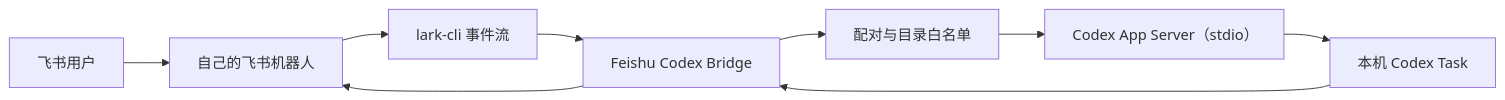
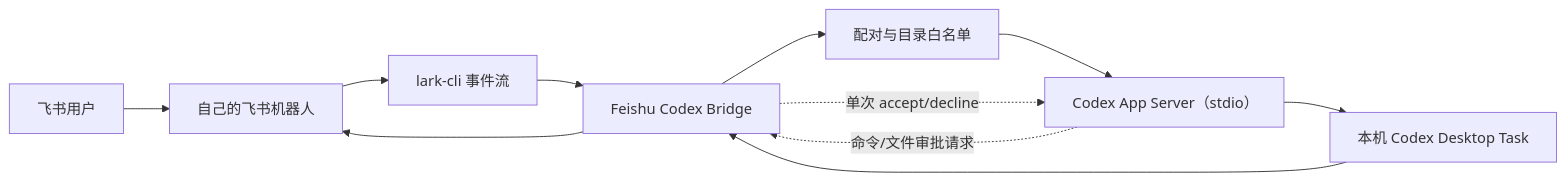
The diagram in docs/ARCHITECTURE.md (tianniansz/feishu-codex-bridge), drawn with Mermaid before and after one commit. The commit also changed other lines of this file and 21 other files, not shown here.

````diff
--- a/docs/ARCHITECTURE.md
+++ b/docs/ARCHITECTURE.md
@@ -7,11 +7,13 @@
 ```mermaid
 flowchart LR
   U["飞书用户"] --> B["自己的飞书机器人"]
   B --> L["lark-cli 事件流"]
   L --> G["Feishu Codex Bridge"]
   G --> A["配对与目录白名单"]
   A --> C["Codex App Server（stdio）"]
-  C --> T["本机 Codex Task"]
+  C --> T["本机 Codex Desktop Task"]
   T --> G
+  C -. "命令/文件审批请求" .-> G
+  G -. "单次 accept/decline" .-> C
   G --> B
 ```
````
